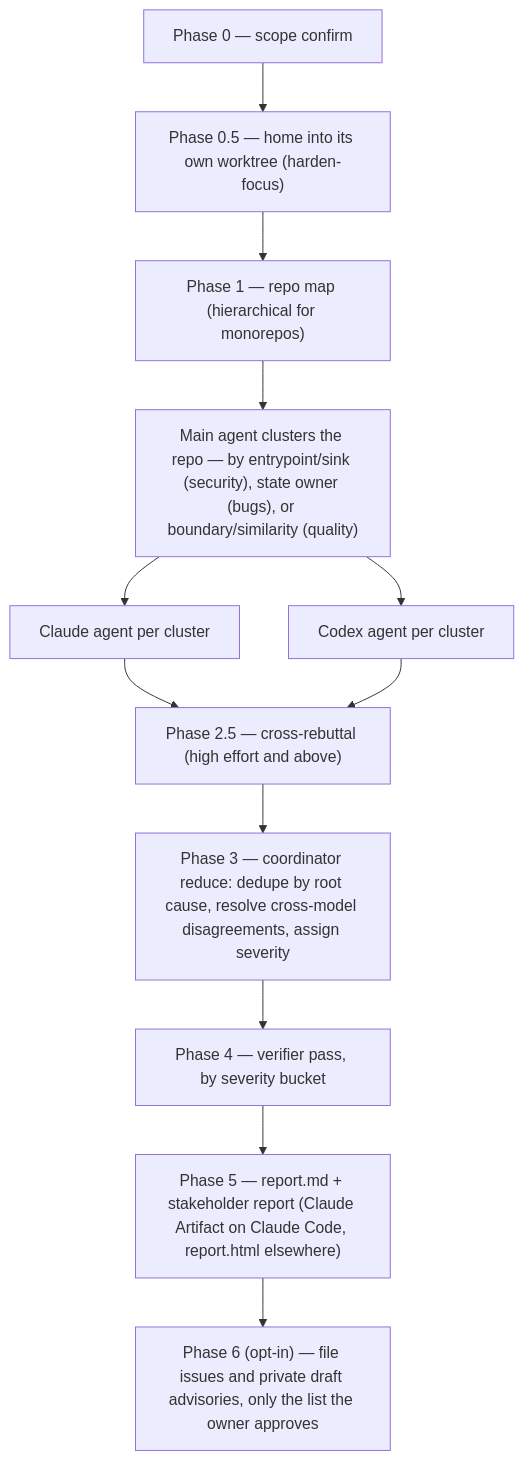
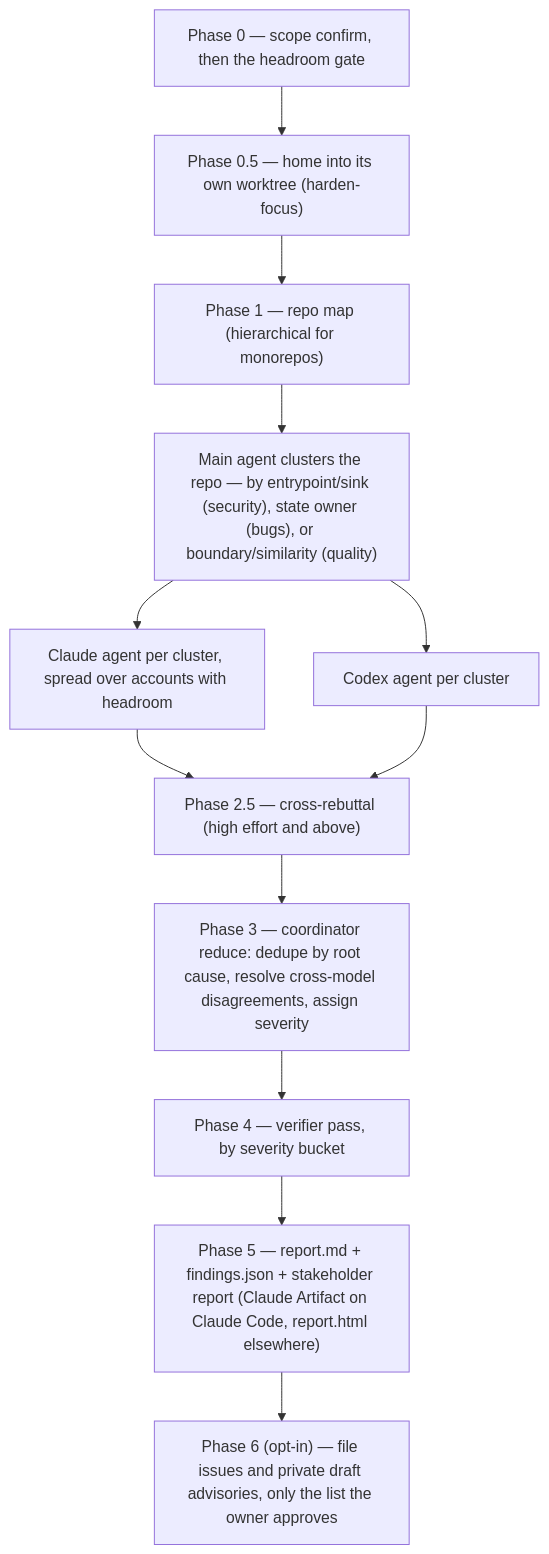
Before and after one commit to alejoamiras/aa-skills: the diagram in skills/harden/README.md, drawn with Mermaid. The commit also changed other lines of this file and 20 other files, not shown here.

First line of the commit message:
feat(harden): findings.json per run, a headroom gate, the fan-out spread over accounts (#88)

````diff
--- a/skills/harden/README.md
+++ b/skills/harden/README.md
@@ -17,14 +17,14 @@
 ```mermaid
 flowchart TD
-    S0["Phase 0 — scope confirm"] --> H["Phase 0.5 — home into its own worktree (harden-focus)"]
+    S0["Phase 0 — scope confirm, then the headroom gate"] --> H["Phase 0.5 — home into its own worktree (harden-focus)"]
     H --> S1["Phase 1 — repo map (hierarchical for monorepos)"]
     S1 --> CL["Main agent clusters the repo — by entrypoint/sink (security), state owner (bugs), or boundary/similarity (quality)"]
-    CL --> A["Claude agent per cluster"]
+    CL --> A["Claude agent per cluster, spread over accounts with headroom"]
     CL --> B["Codex agent per cluster"]
     A --> R["Phase 2.5 — cross-rebuttal (high effort and above)"]
     B --> R
     R --> S3["Phase 3 — coordinator reduce: dedupe by root cause, resolve cross-model disagreements, assign severity"]
     S3 --> S4["Phase 4 — verifier pass, by severity bucket"]
-    S4 --> S5["Phase 5 — report.md + stakeholder report (Claude Artifact on Claude Code, report.html elsewhere)"]
+    S4 --> S5["Phase 5 — report.md + findings.json + stakeholder report (Claude Artifact on Claude Code, report.html elsewhere)"]
     S5 --> S6["Phase 6 (opt-in) — file issues and private draft advisories, only the list the owner approves"]
 ```
````
